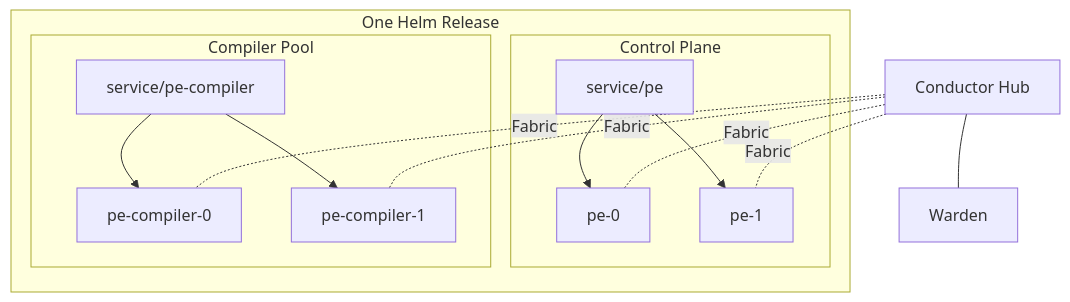
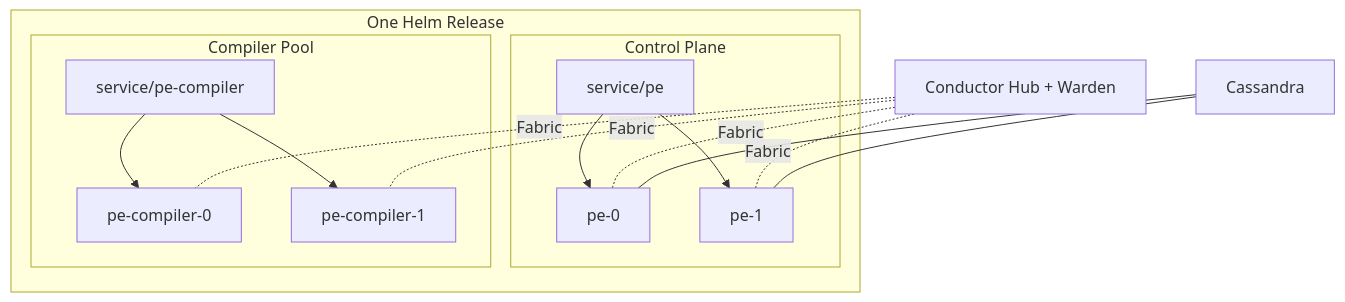
One commit to puppetjoy/puppet-enterprise-k8s changed the first of 2 diagrams in docs/solution-overview.md. Above: the diagram before and after it, drawn with Mermaid. The commit also changed other lines of this file and 8 other files, not shown here.

First line of the commit message:
docs: refresh current architecture story

````diff
--- a/docs/solution-overview.md
+++ b/docs/solution-overview.md
@@ -41,29 +41,31 @@
 ```mermaid
 flowchart TB
   subgraph Release["One Helm Release"]
     subgraph ControlPlane["Control Plane"]
       PeSvc["service/pe"]
       Pe0["pe-0"]
       Pe1["pe-1"]
       PeSvc --> Pe0
       PeSvc --> Pe1
     end
 
     subgraph CompilerPool["Compiler Pool"]
       CompilerSvc["service/pe-compiler"]
       C0["pe-compiler-0"]
       C1["pe-compiler-1"]
       CompilerSvc --> C0
       CompilerSvc --> C1
     end
   end
 
-  Hub["Conductor Hub"]
-  Warden["Warden"]
+  Hub["Conductor Hub + Warden"]
+  Cassandra["Cassandra"]
 
-  Hub --- Warden
   Hub -. Fabric .- Pe0
   Hub -. Fabric .- Pe1
   Hub -. Fabric .- C0
   Hub -. Fabric .- C1
+
+  Cassandra --- Pe0
+  Cassandra --- Pe1
 ```
````
